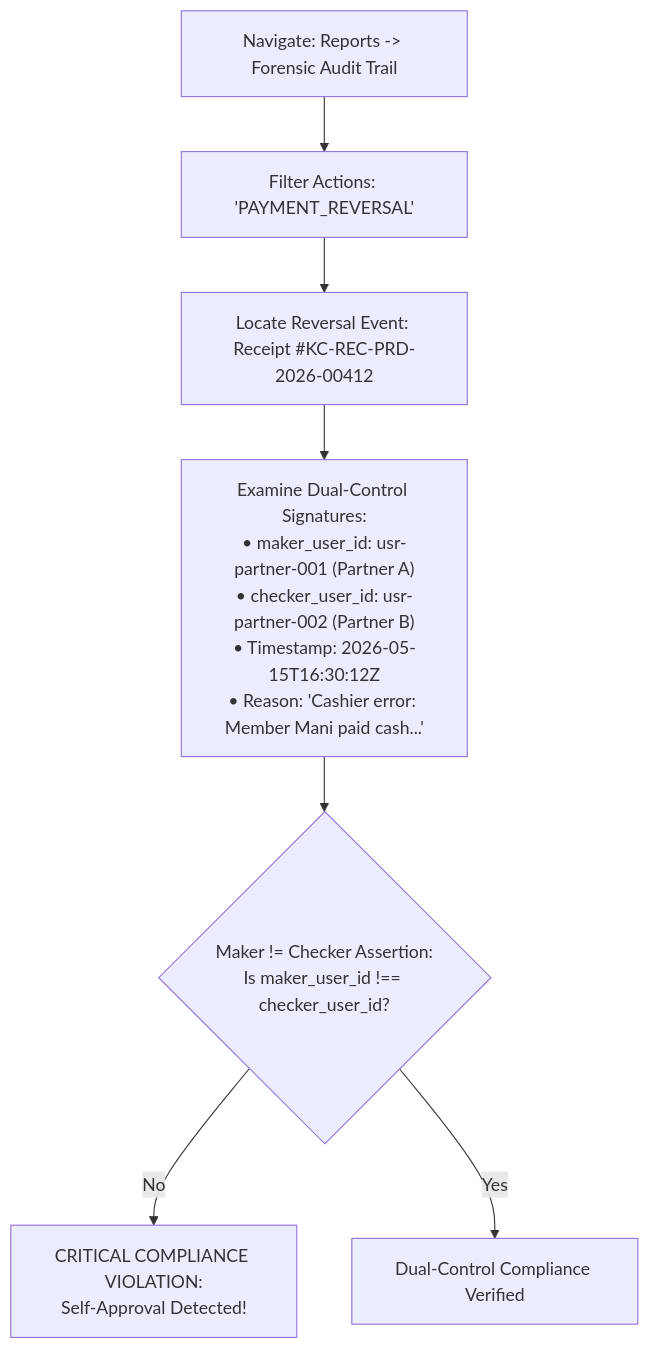
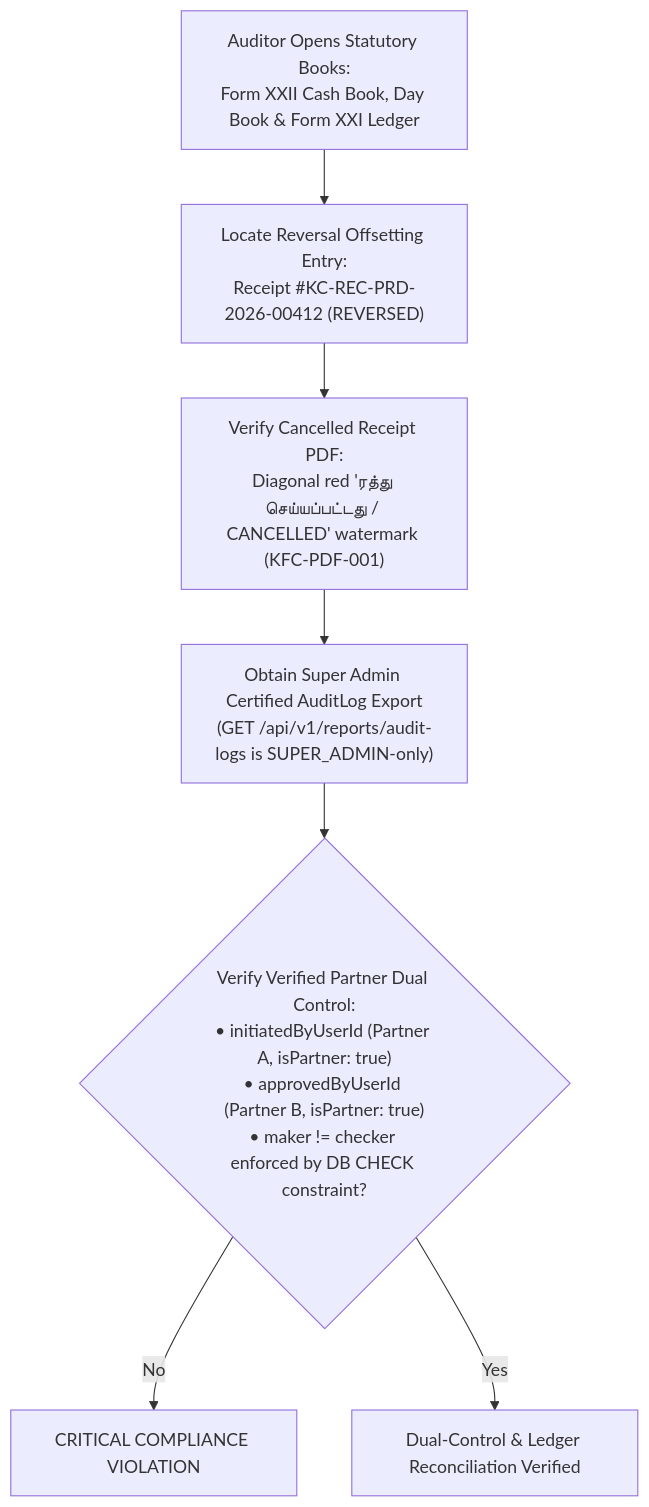
Before and after one commit to Kathir-24/Kumaran-finance: the sixth of 8 diagrams in docs/07-operations/user-manuals/auditor-portal-manual.md, drawn with Mermaid. The commit also changed other lines of this file and 4 other files, not shown here.

````diff
--- a/docs/07-operations/user-manuals/auditor-portal-manual.md
+++ b/docs/07-operations/user-manuals/auditor-portal-manual.md
@@ -146,9 +150,9 @@
 ```mermaid
 flowchart TD
-    OpenAudit["Navigate: Reports -> Forensic Audit Trail"] --> Filter["Filter Actions: 'PAYMENT_REVERSAL'"]
-    Filter --> Locate["Locate Reversal Event: Receipt #KC-REC-PRD-2026-00412"]
-    Locate --> InspectDual["Examine Dual-Control Signatures:\n• maker_user_id: usr-partner-001 (Partner A)\n• checker_user_id: usr-partner-002 (Partner B)\n• Timestamp: 2026-05-15T16:30:12Z\n• Reason: 'Cashier error: Member Mani paid cash...'"]
-    InspectDual --> AssertDual{"Maker != Checker Assertion:\nIs maker_user_id !== checker_user_id?"}
-    AssertDual -- No --> Violation["CRITICAL COMPLIANCE VIOLATION:\nSelf-Approval Detected!"]
-    AssertDual -- Yes --> Certified["Dual-Control Compliance Verified"]
+    OpenBooks["Auditor Opens Statutory Books:\nForm XXII Cash Book, Day Book & Form XXI Ledger"] --> Locate["Locate Reversal Offsetting Entry:\nReceipt #KC-REC-PRD-2026-00412 (REVERSED)"]
+    Locate --> CheckPDF["Verify Cancelled Receipt PDF:\nDiagonal red 'ரத்து செய்யப்பட்டது / CANCELLED' watermark (KFC-PDF-001)"]
+    CheckPDF --> ReqExtract["Obtain Super Admin Certified AuditLog Export\n(GET /api/v1/reports/audit-logs is SUPER_ADMIN-only)"]
+    ReqExtract --> AssertDual{"Verify Verified Partner Dual Control:\n• initiatedByUserId (Partner A, isPartner: true)\n• approvedByUserId (Partner B, isPartner: true)\n• maker != checker enforced by DB CHECK constraint?"}
+    AssertDual -- No --> Violation["CRITICAL COMPLIANCE VIOLATION"]
+    AssertDual -- Yes --> Certified["Dual-Control & Ledger Reconciliation Verified"]
 ```
````
